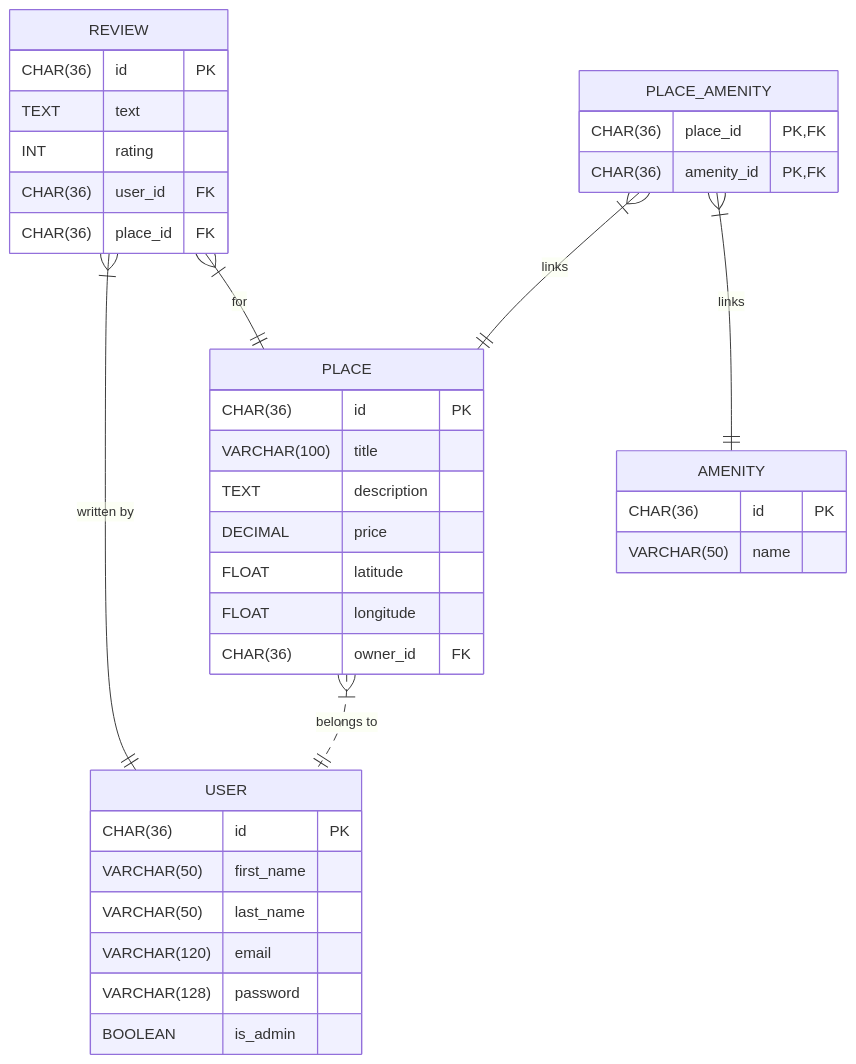
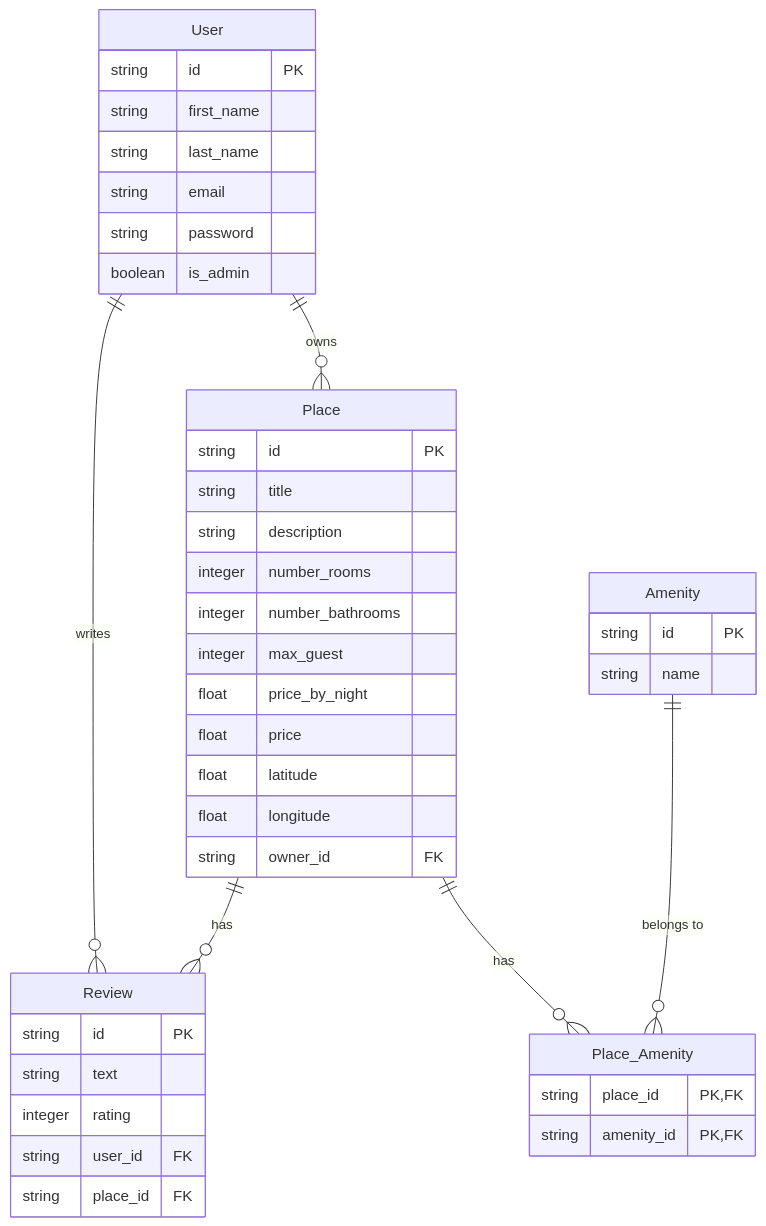
Before and after one commit to wilbert5757/testpart3: the second of 2 diagrams in part3/README.md, drawn with Mermaid.

````diff
--- a/part3/README.md
+++ b/part3/README.md
@@ -43,46 +43,49 @@
 ```mermaid
 erDiagram
-    USER {
-        CHAR(36) id PK
-        VARCHAR(50) first_name
-        VARCHAR(50) last_name
-        VARCHAR(120) email
-        VARCHAR(128) password
-        BOOLEAN is_admin
+    User {
+        string id PK
+        string first_name
+        string last_name
+        string email
+        string password
+        boolean is_admin
     }
-
-    PLACE {
-        CHAR(36) id PK
-        VARCHAR(100) title
-        TEXT description
-        DECIMAL price
-        FLOAT latitude
-        FLOAT longitude
-        CHAR(36) owner_id FK
+    
+    Place {
+        string id PK
+        string title
+        string description
+        integer number_rooms
+        integer number_bathrooms
+        integer max_guest
+        float price_by_night
+        float price
+        float latitude
+        float longitude
+        string owner_id FK
     }
-
-    REVIEW {
-        CHAR(36) id PK
-        TEXT text
-        INT rating
-        CHAR(36) user_id FK
-        CHAR(36) place_id FK
+    
+    Review {
+        string id PK
+        string text
+        integer rating
+        string user_id FK
+        string place_id FK
     }
-
-    AMENITY {
-        CHAR(36) id PK
-        VARCHAR(50) name
+    
+    Amenity {
+        string id PK
+        string name
     }
-
-    PLACE_AMENITY {
-        CHAR(36) place_id PK, FK
-        CHAR(36) amenity_id PK, FK
+    
+    Place_Amenity {
+        string place_id PK,FK
+        string amenity_id PK,FK
     }
-
-    %% Relationships
-    PLACE }|..|| USER : "belongs to"
-    REVIEW }|--|| USER : "written by"
-    REVIEW }|--|| PLACE : "for"
-    PLACE_AMENITY }|--|| PLACE : "links"
-    PLACE_AMENITY }|--|| AMENITY : "links"
+    
+    User ||--o{ Place : "owns"
+    User ||--o{ Review : "writes"
+    Place ||--o{ Review : "has"
+    Place ||--o{ Place_Amenity : "has"
+    Amenity ||--o{ Place_Amenity : "belongs to"
 ```
````
